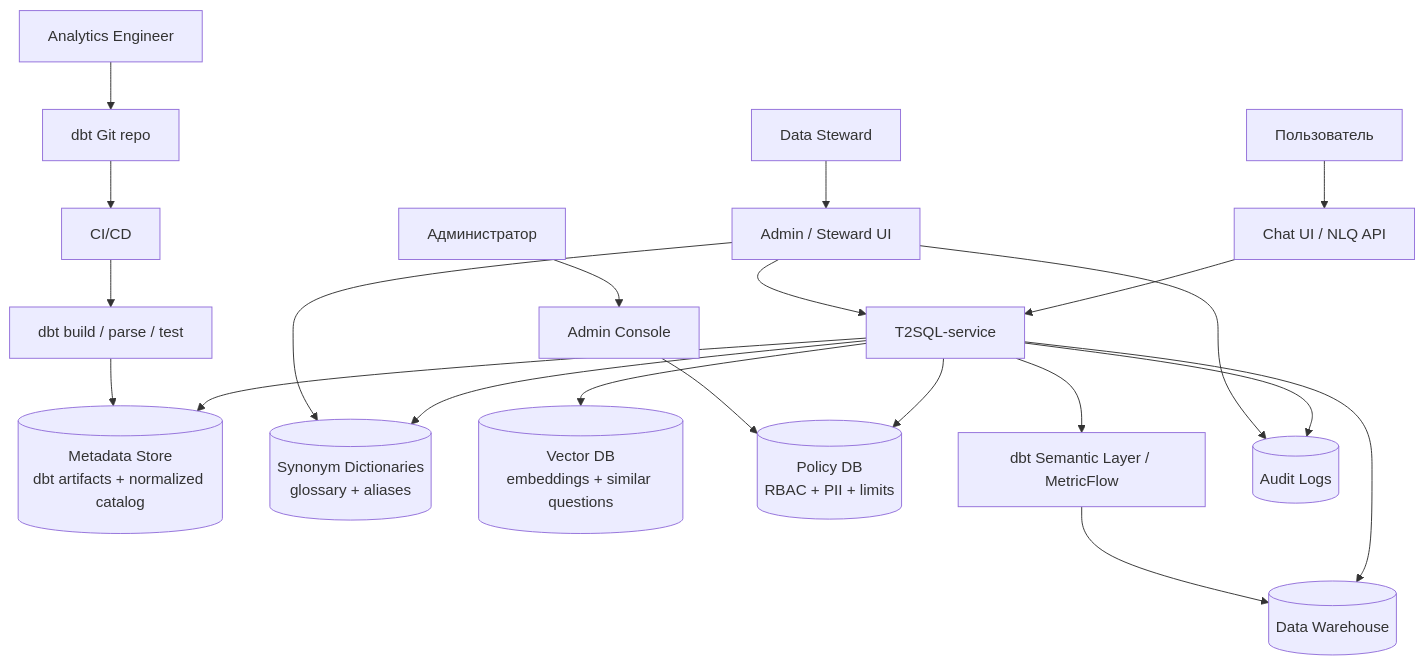
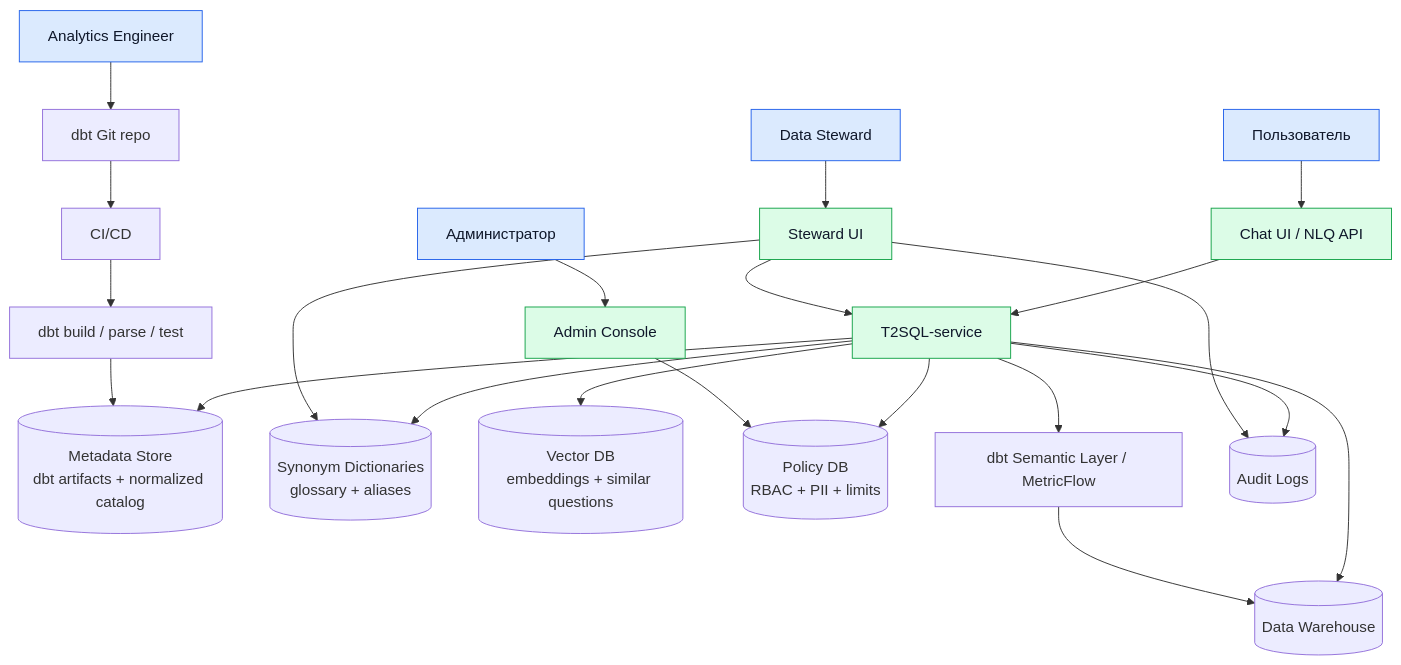
One commit to MikeYu123/texttosql changed the first of 3 diagrams in spec.md. Above: the diagram before and after it, drawn with Mermaid. The commit also changed other lines of this file and 1 other file, not shown here.

Commit message:
Rename steward UI references in docs

````diff
--- a/spec.md
+++ b/spec.md
@@ -29,29 +29,35 @@
 ```mermaid
 flowchart TB
     User[Пользователь] --> UI[Chat UI / NLQ API]
     Admin[Администратор] --> AdminUI[Admin Console]
-    Steward[Data Steward] --> StewardUI[Admin / Steward UI]
+    Steward[Data Steward] --> StewardUI[Steward UI]
     AE[Analytics Engineer] --> Git[dbt Git repo]
 
     UI --> T2SQL[T2SQL-service]
 
     T2SQL --> Metadata[(Metadata Store<br/>dbt artifacts + normalized catalog)]
     T2SQL --> Synonyms[(Synonym Dictionaries<br/>glossary + aliases)]
     T2SQL --> VectorDB[(Vector DB<br/>embeddings + similar questions)]
     T2SQL --> PolicyDB[(Policy DB<br/>RBAC + PII + limits)]
 
     Git --> CI[CI/CD]
     CI --> dbt[dbt build / parse / test]
     dbt --> Metadata
 
     T2SQL --> SL[dbt Semantic Layer / MetricFlow]
     T2SQL --> DWH[(Data Warehouse)]
     SL --> DWH
 
     T2SQL --> Audit[(Audit Logs)]
 
     AdminUI --> PolicyDB
     StewardUI --> T2SQL
     StewardUI --> Synonyms
     StewardUI --> Audit
+
+    classDef user fill:#dbeafe,stroke:#2563eb,color:#0f172a
+    classDef custom fill:#dcfce7,stroke:#16a34a,color:#0f172a
+
+    class User,Admin,Steward,AE user
+    class UI,AdminUI,StewardUI,T2SQL custom
 ```
````
